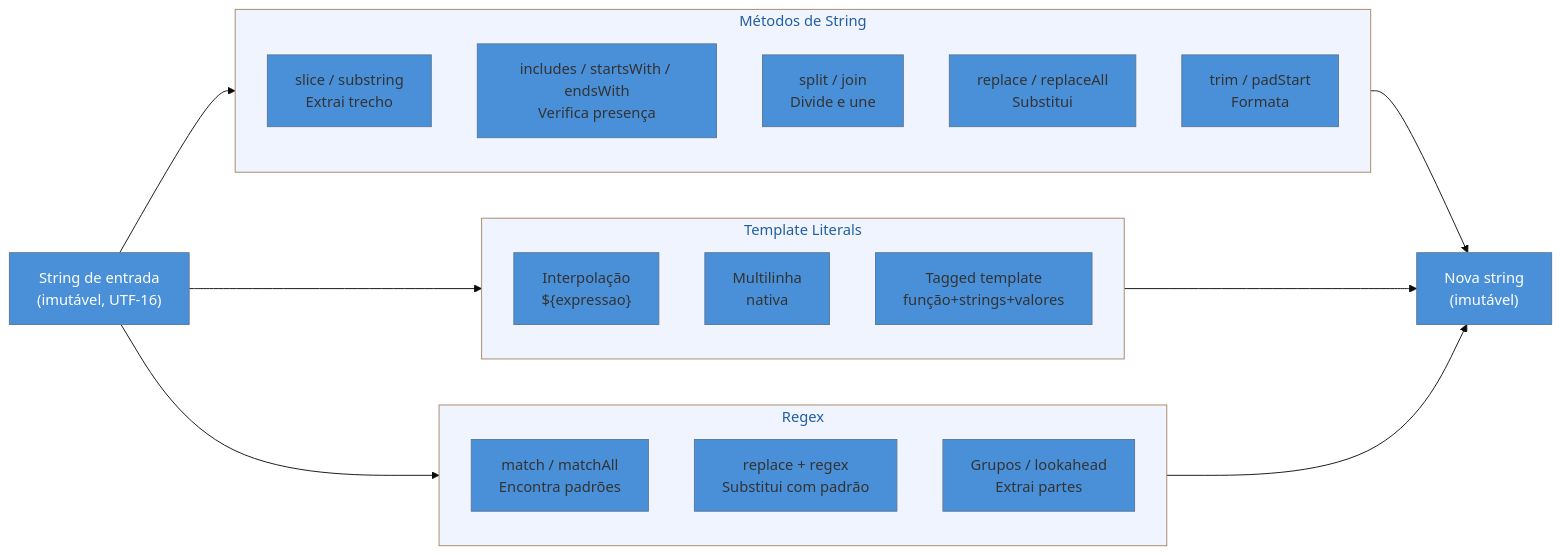
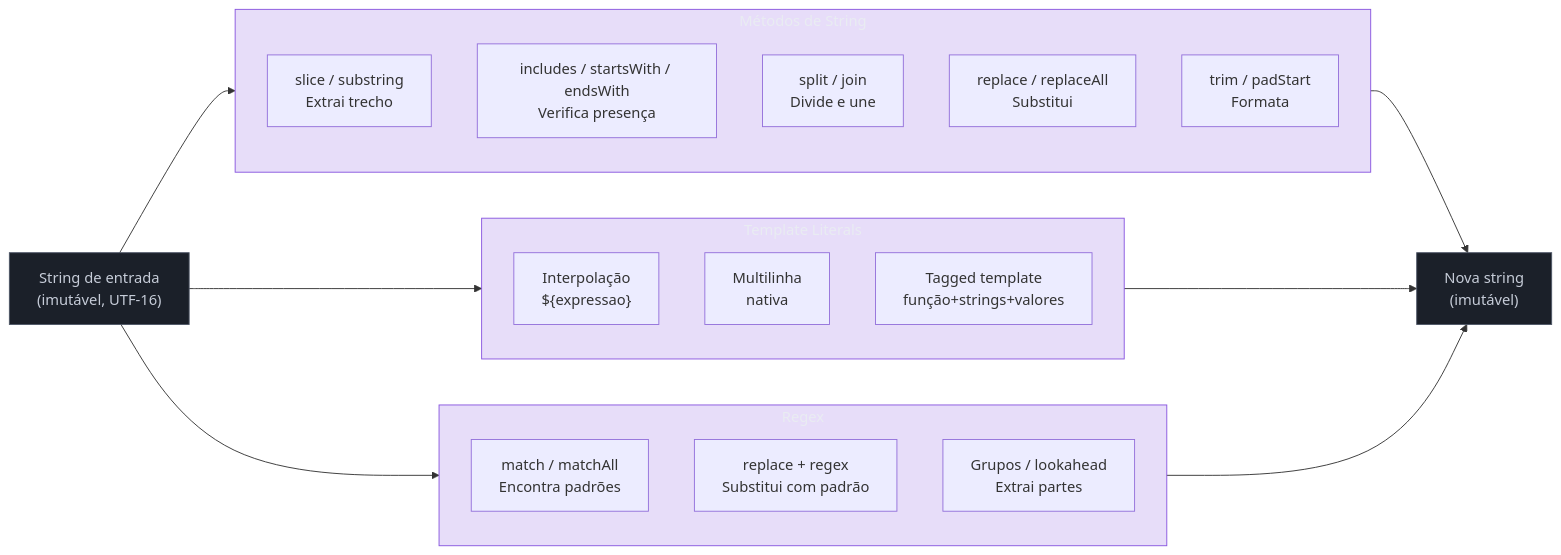
The diagram in 03-Dominios/Tecnologia/JavaScript/09 - Strings, template literals e regex.md (josenaldo/codex-technomanticus), drawn with Mermaid before and after one commit. The commit also changed 1181 other files, not shown here.

First line of the commit message:
fix(diagramas): paleta do sistema no lugar de cor cravada no markdown

````diff
--- a/03-Dominios/Tecnologia/JavaScript/09 - Strings, template literals e regex.md
+++ b/03-Dominios/Tecnologia/JavaScript/09 - Strings, template literals e regex.md
@@ -400,42 +400,43 @@
 ```mermaid
-%%{init: {"theme": "base", "themeVariables": {"primaryColor": "#4A90D9", "edgeLabelBackground": "#ffffff"}}}%%
 flowchart LR
+    classDef neutro fill:#1B2029,stroke:#4E5666,color:#C6CCD8
+    classDef marca fill:#8855DF33,stroke:#8855DF,color:#E9ECF2
     INPUT["String de entrada\n(imutável, UTF-16)"]
 
     subgraph METODOS["Métodos de String"]
         direction TB
         M1["slice / substring\nExtrai trecho"]
         M2["includes / startsWith / endsWith\nVerifica presença"]
         M3["split / join\nDivide e une"]
         M4["replace / replaceAll\nSubstitui"]
         M5["trim / padStart\nFormata"]
     end
 
     subgraph TEMPLATE["Template Literals"]
         direction TB
         T1["Interpolação\n${expressao}"]
         T2["Multilinha\nnativa"]
         T3["Tagged template\nfunção+strings+valores"]
     end
 
     subgraph REGEX["Regex"]
         direction TB
         R1["match / matchAll\nEncontra padrões"]
         R2["replace + regex\nSubstitui com padrão"]
         R3["Grupos / lookahead\nExtrai partes"]
     end
 
     INPUT --> METODOS
     INPUT --> TEMPLATE
     INPUT --> REGEX
 
     METODOS --> OUTPUT["Nova string\n(imutável)"]
     TEMPLATE --> OUTPUT
     REGEX --> OUTPUT
 
-    style INPUT fill:#4A90D9,color:#fff
-    style OUTPUT fill:#4A90D9,color:#fff
-    style METODOS fill:#f0f4ff
-    style TEMPLATE fill:#f0f4ff
-    style REGEX fill:#f0f4ff
+    class INPUT neutro
+    class OUTPUT neutro
+    class METODOS marca
+    class TEMPLATE marca
+    class REGEX marca
 ```
````
